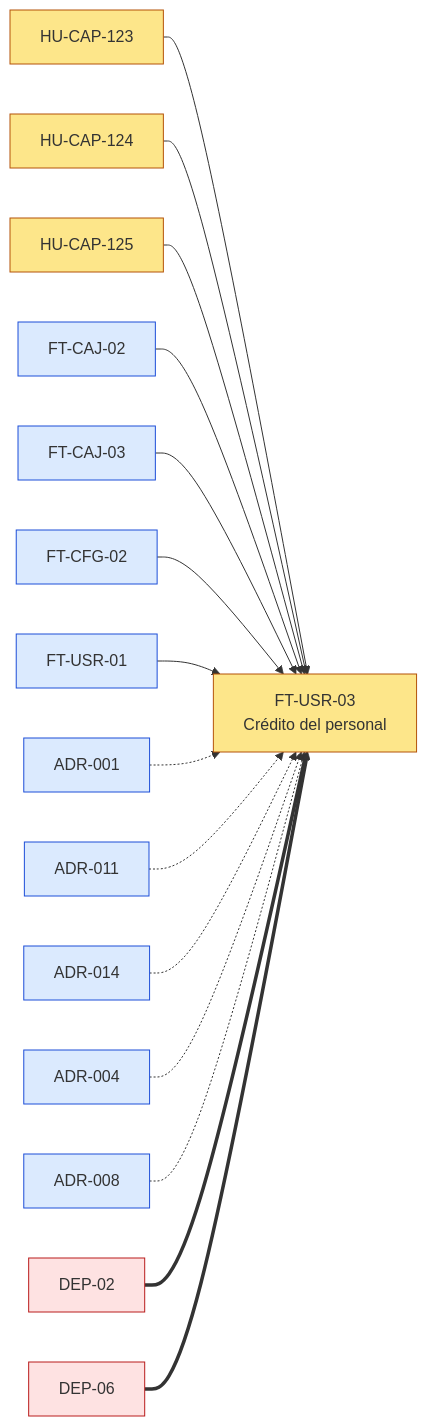
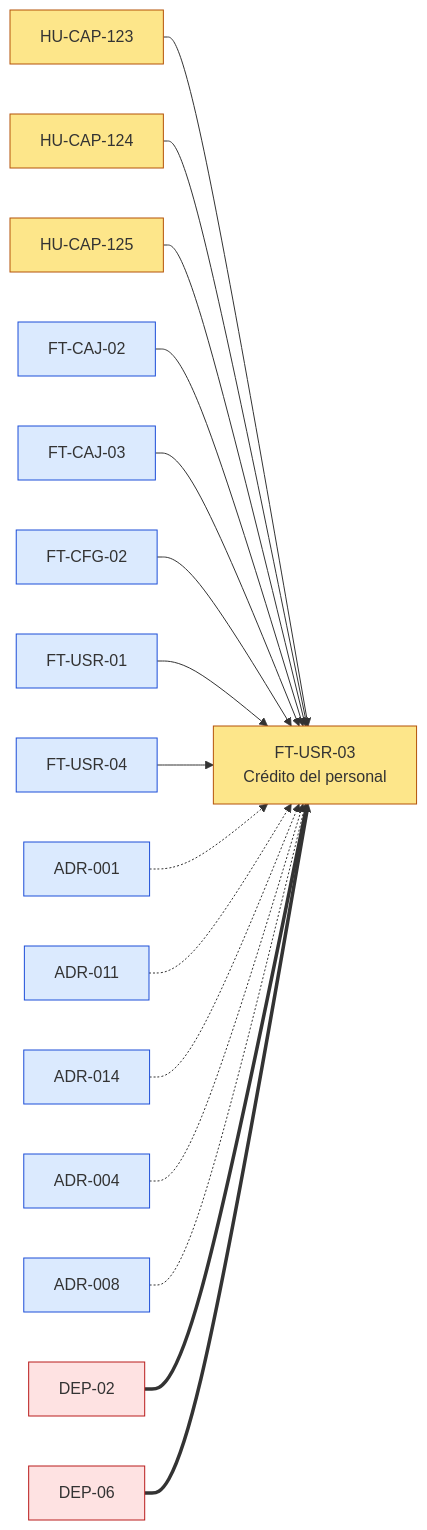
Before and after one commit to JoseEM26/caprichos: the first of 5 diagrams in docs/dor/DOR-FT-USR-03-credito-del-personal.md, drawn with Mermaid. The commit also changed other lines of this file and 208 other files, not shown here.

````diff
--- a/docs/dor/DOR-FT-USR-03-credito-del-personal.md
+++ b/docs/dor/DOR-FT-USR-03-credito-del-personal.md
@@ -51,21 +51,22 @@
 ```mermaid
 flowchart LR
   classDef evaluado fill:#fde68a,stroke:#b45309
   classDef interna fill:#dbeafe,stroke:#1d4ed8
   classDef externa fill:#fee2e2,stroke:#b91c1c
   FT_USR_03["FT-USR-03<br>Crédito del personal"]:::evaluado
   HU_CAP_123["HU-CAP-123"]:::evaluado --> FT_USR_03
   HU_CAP_124["HU-CAP-124"]:::evaluado --> FT_USR_03
   HU_CAP_125["HU-CAP-125"]:::evaluado --> FT_USR_03
   FT_CAJ_02["FT-CAJ-02"]:::interna --> FT_USR_03
   FT_CAJ_03["FT-CAJ-03"]:::interna --> FT_USR_03
   FT_CFG_02["FT-CFG-02"]:::interna --> FT_USR_03
   FT_USR_01["FT-USR-01"]:::interna --> FT_USR_03
+  FT_USR_04["FT-USR-04"]:::interna --> FT_USR_03
   ADR_001["ADR-001"]:::interna -.-> FT_USR_03
   ADR_011["ADR-011"]:::interna -.-> FT_USR_03
   ADR_014["ADR-014"]:::interna -.-> FT_USR_03
   ADR_004["ADR-004"]:::interna -.-> FT_USR_03
   ADR_008["ADR-008"]:::interna -.-> FT_USR_03
   DEP_02["DEP-02"]:::externa ==> FT_USR_03
   DEP_06["DEP-06"]:::externa ==> FT_USR_03
 ```
````
